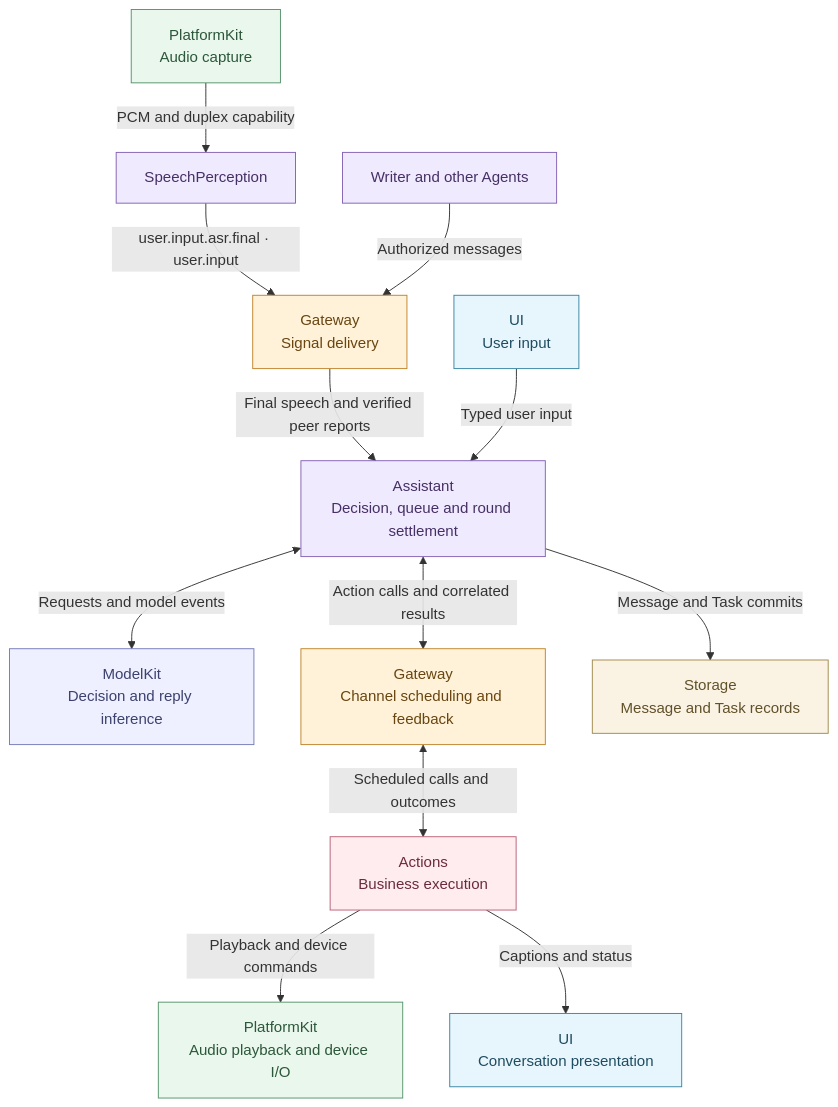
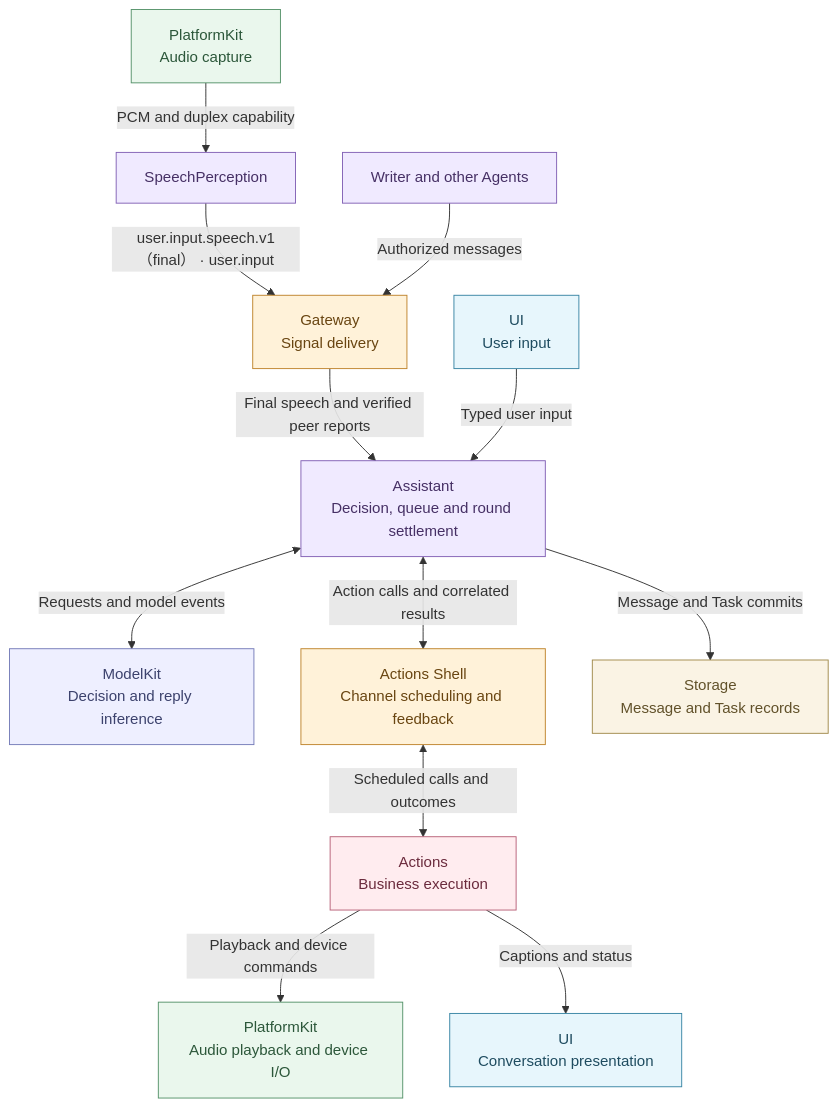
Before and after one commit to devilyouwei/MobileHarness: diagram 18 of 27 in MobileHarness/README.md, drawn with Mermaid. The commit also changed other lines of this file and 246 other files, not shown here.

````diff
--- a/MobileHarness/README.md
+++ b/MobileHarness/README.md
@@ -1104,33 +1113,33 @@
 ```mermaid
 flowchart TB
     Capture["PlatformKit<br/>Audio capture"]:::platform
     Speech["SpeechPerception"]:::agent
     Peers["Writer and other Agents"]:::agent
     Input["UI<br/>User input"]:::ui
     Signals["Gateway<br/>Signal delivery"]:::gateway
     Assistant["Assistant<br/>Decision, queue and round settlement"]:::agent
     Models["ModelKit<br/>Decision and reply inference"]:::model
-    Execution["Gateway<br/>Channel scheduling and feedback"]:::gateway
+    Execution["Actions Shell<br/>Channel scheduling and feedback"]:::gateway
     Effects["Actions<br/>Business execution"]:::action
     Device["PlatformKit<br/>Audio playback and device I/O"]:::platform
     Presentation["UI<br/>Conversation presentation"]:::ui
     Records["Storage<br/>Message and Task records"]:::storage
     Capture -->|"PCM and duplex capability"| Speech
-    Speech -->|"user.input.asr.final · user.input"| Signals
+    Speech -->|"user.input.speech.v1（final） · user.input"| Signals
     Peers -->|"Authorized messages"| Signals
     Signals -->|"Final speech and verified peer reports"| Assistant
     Input -->|"Typed user input"| Assistant
     Assistant <-->|"Requests and model events"| Models
     Assistant <-->|"Action calls and correlated results"| Execution
     Execution <-->|"Scheduled calls and outcomes"| Effects
     Effects -->|"Playback and device commands"| Device
     Effects -->|"Captions and status"| Presentation
     Assistant -->|"Message and Task commits"| Records
     classDef agent fill:#f0eaff,stroke:#8261b5,color:#463065
     classDef gateway fill:#fff2d9,stroke:#bf842c,color:#694511
     classDef action fill:#ffecef,stroke:#b86178,color:#6b2b3d
     classDef ui fill:#e7f6fc,stroke:#3985a4,color:#1f4c60
     classDef platform fill:#eaf7ed,stroke:#56936a,color:#2c573a
     classDef model fill:#eeefff,stroke:#747bb8,color:#3c426d
     classDef storage fill:#faf3e4,stroke:#a18a4c,color:#61512a
 ```
````
